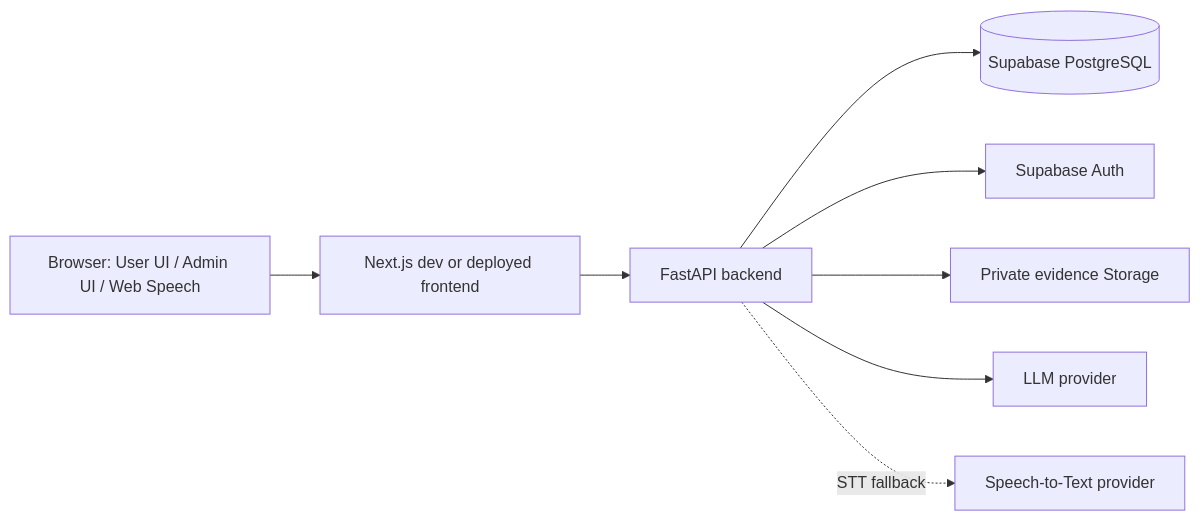
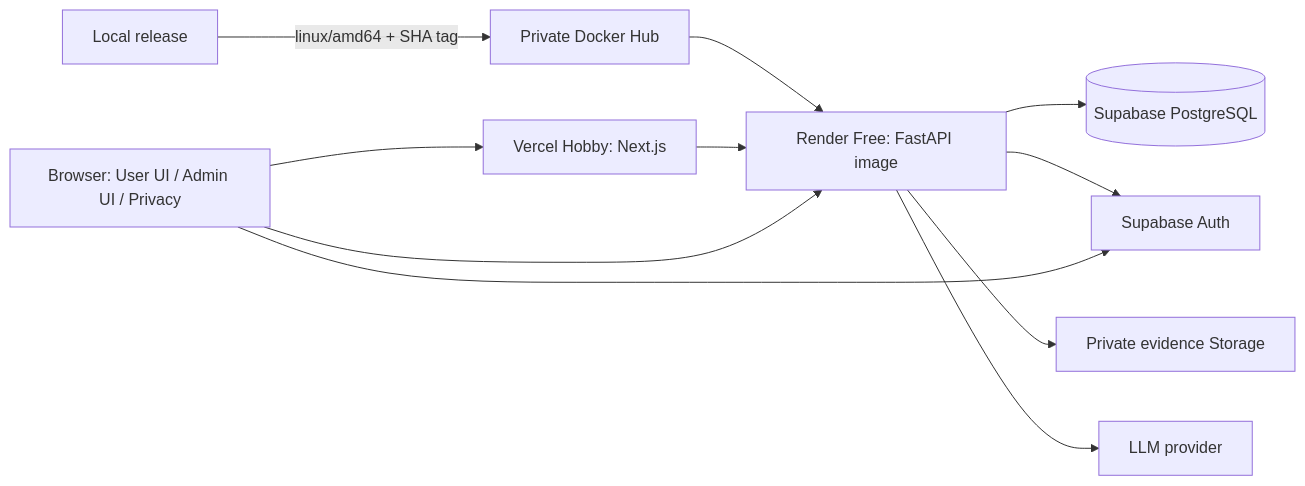
The seventh of 9 diagrams in docs/architecture.md (Ngducanh05/T-152), drawn with Mermaid before and after one commit. The commit also changed other lines of this file and 13 other files, not shown here.

Commit message:
docs: align public beta architecture and feature documentation

````diff
--- a/docs/architecture.md
+++ b/docs/architecture.md
@@ -287,11 +283,14 @@
 ```mermaid
 flowchart LR
-    API["FastAPI backend"] --> DB[("Supabase PostgreSQL")]
-    API --> Auth["Supabase Auth"]
-    API --> Storage["Private evidence Storage"]
+    Operator["Local release"] -->|"linux/amd64 + SHA tag"| Registry["Private Docker Hub"]
+    Registry --> Render["Render Free: FastAPI image"]
+    Render --> DB[("Supabase PostgreSQL")]
+    Render --> Auth["Supabase Auth"]
+    Render --> Storage["Private evidence Storage"]
 
-    Browser["Browser: User UI / Admin UI / Web Speech"] --> Next["Next.js dev or deployed frontend"]
-    Next --> API
-    API --> LLM["LLM provider"]
-    API -. "STT fallback" .-> STT["Speech-to-Text provider"]
+    Browser["Browser: User UI / Admin UI / Privacy"] --> Next["Vercel Hobby: Next.js"]
+    Browser --> Auth
+    Next --> Render
+    Browser --> Render
+    Render --> LLM["LLM provider"]
 ```
````
